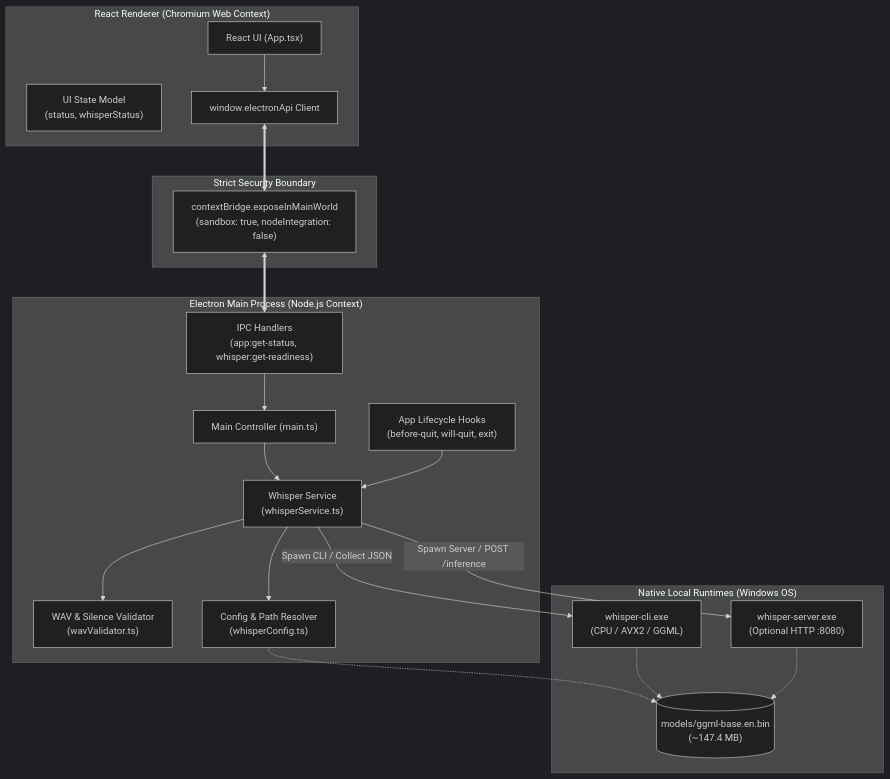
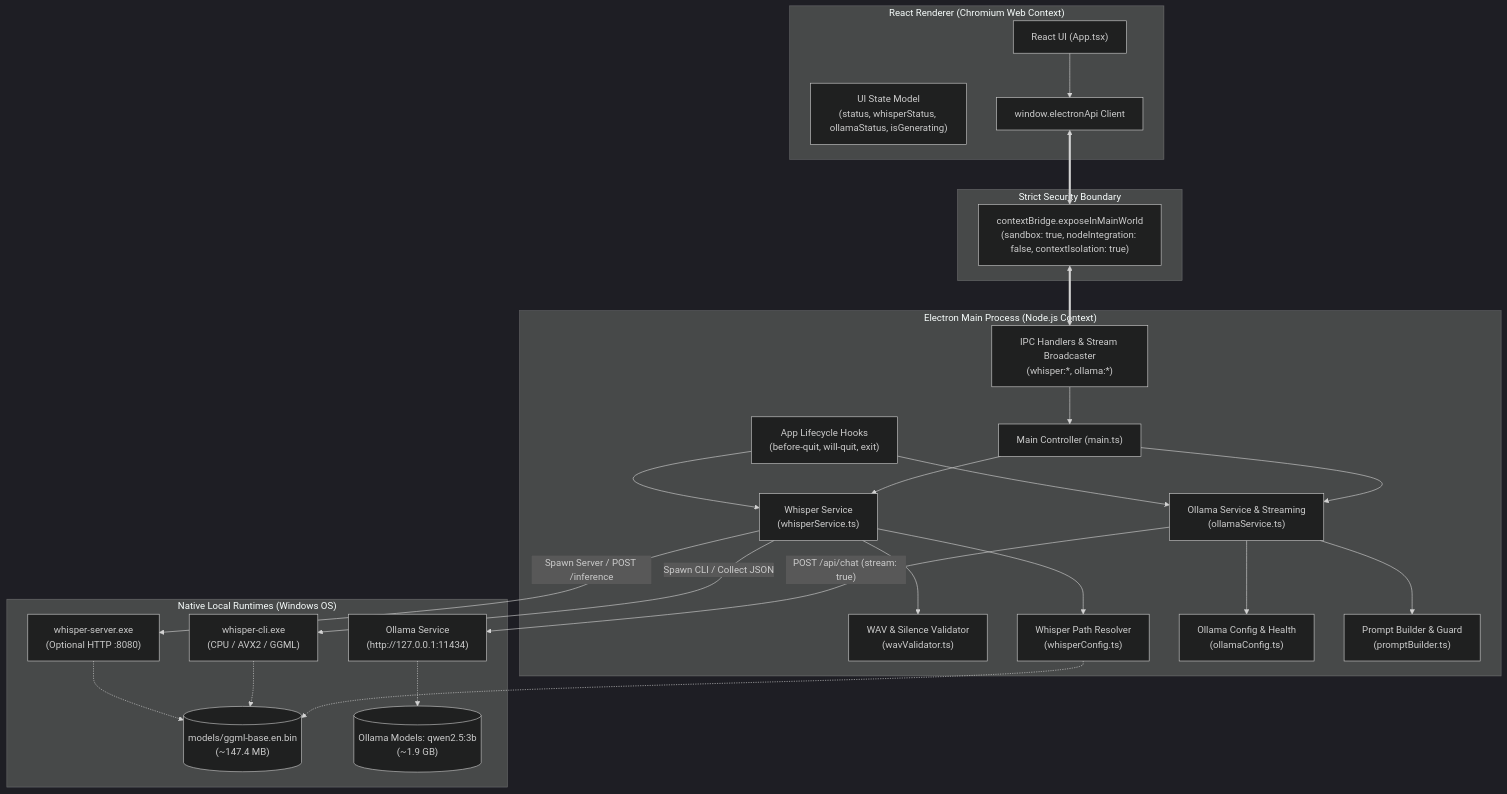
One commit to AbhiJeetSoni22/Local-AI-Conversation-Assistant changed the first of 3 diagrams in docs/ARCHITECTURE.md. Above: the diagram before and after it, drawn with Mermaid (dark theme). The commit also changed other lines of this file and 22 other files, not shown here.

Commit message:
feat: integrate Ollama local LLM streaming service and documentation

````diff
--- a/docs/ARCHITECTURE.md
+++ b/docs/ARCHITECTURE.md
@@ -11,41 +11,52 @@
 ```mermaid
 graph TB
     subgraph UI_Renderer ["React Renderer (Chromium Web Context)"]
         UI["React UI (App.tsx)"]
-        State["UI State Model<br/>(status, whisperStatus)"]
+        State["UI State Model<br/>(status, whisperStatus, ollamaStatus, isGenerating)"]
         BridgeClient["window.electronApi Client"]
     end
 
     subgraph Security_Boundary ["Strict Security Boundary"]
-        ContextBridge["contextBridge.exposeInMainWorld<br/>(sandbox: true, nodeIntegration: false)"]
+        ContextBridge["contextBridge.exposeInMainWorld<br/>(sandbox: true, nodeIntegration: false, contextIsolation: true)"]
     end
 
     subgraph Electron_Main ["Electron Main Process (Node.js Context)"]
         Main["Main Controller (main.ts)"]
-        IPCHandlers["IPC Handlers<br/>(app:get-status, whisper:get-readiness)"]
+        IPCHandlers["IPC Handlers & Stream Broadcaster<br/>(whisper:*, ollama:*)"]
         Lifecycle["App Lifecycle Hooks<br/>(before-quit, will-quit, exit)"]
         WavVal["WAV & Silence Validator<br/>(wavValidator.ts)"]
-        WhisperConfig["Config & Path Resolver<br/>(whisperConfig.ts)"]
+        WhisperConfig["Whisper Path Resolver<br/>(whisperConfig.ts)"]
         WhisperSvc["Whisper Service<br/>(whisperService.ts)"]
+        OllamaConfig["Ollama Config & Health<br/>(ollamaConfig.ts)"]
+        PromptBuilder["Prompt Builder & Guard<br/>(promptBuilder.ts)"]
+        OllamaSvc["Ollama Service & Streaming<br/>(ollamaService.ts)"]
     end
 
     subgraph Native_Runtimes ["Native Local Runtimes (Windows OS)"]
         WhisperCLI["whisper-cli.exe<br/>(CPU / AVX2 / GGML)"]
         WhisperServer["whisper-server.exe<br/>(Optional HTTP :8080)"]
         ModelStorage[("models/ggml-base.en.bin<br/>(~147.4 MB)")]
+        OllamaDaemon["Ollama Service<br/>(http://127.0.0.1:11434)"]
+        OllamaModelStorage[("Ollama Models: qwen2.5:3b<br/>(~1.9 GB)")]
     end
 
     UI --> BridgeClient
     BridgeClient <==> ContextBridge
     ContextBridge <==> IPCHandlers
     IPCHandlers --> Main
     Main --> WhisperSvc
+    Main --> OllamaSvc
     WhisperSvc --> WavVal
     WhisperSvc --> WhisperConfig
+    OllamaSvc --> OllamaConfig
+    OllamaSvc --> PromptBuilder
     Lifecycle --> WhisperSvc
+    Lifecycle --> OllamaSvc
     WhisperConfig -.-> ModelStorage
     WhisperSvc -->|"Spawn CLI / Collect JSON"| WhisperCLI
     WhisperSvc -->|"Spawn Server / POST /inference"| WhisperServer
     WhisperCLI -.-> ModelStorage
     WhisperServer -.-> ModelStorage
+    OllamaSvc -->|"POST /api/chat (stream: true)"| OllamaDaemon
+    OllamaDaemon -.-> OllamaModelStorage
 ```
````
